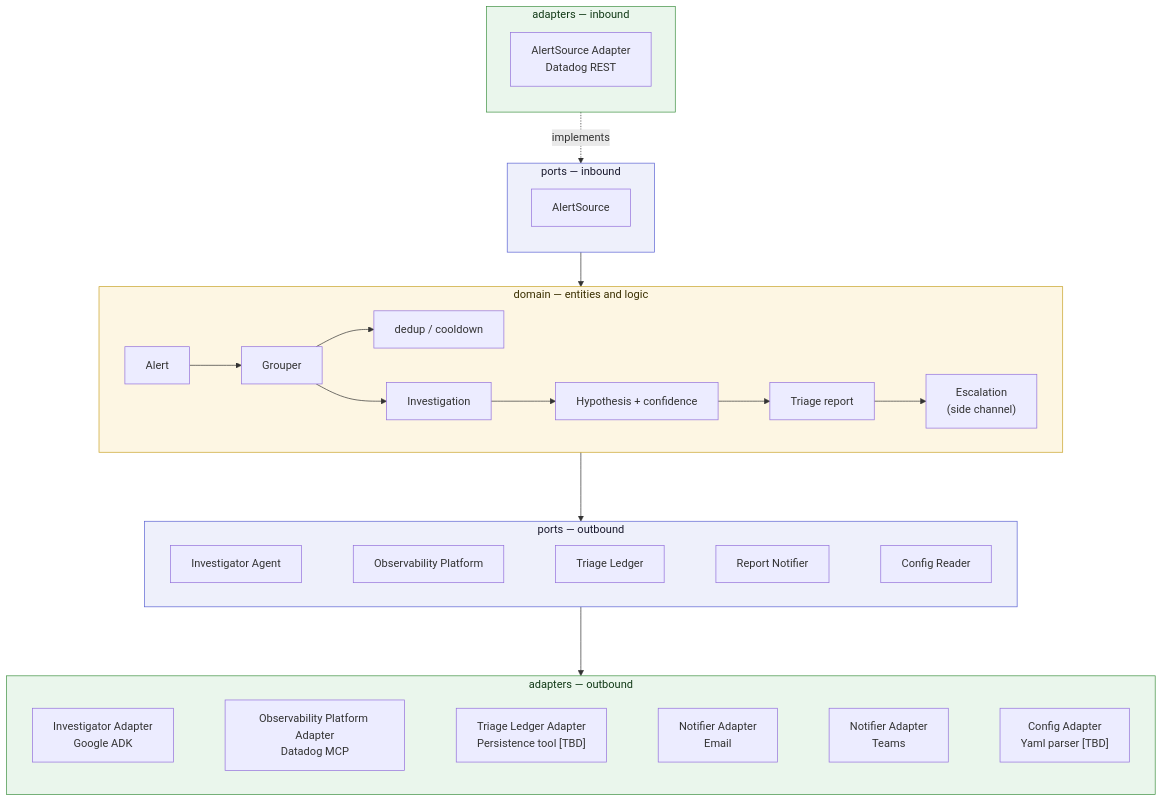
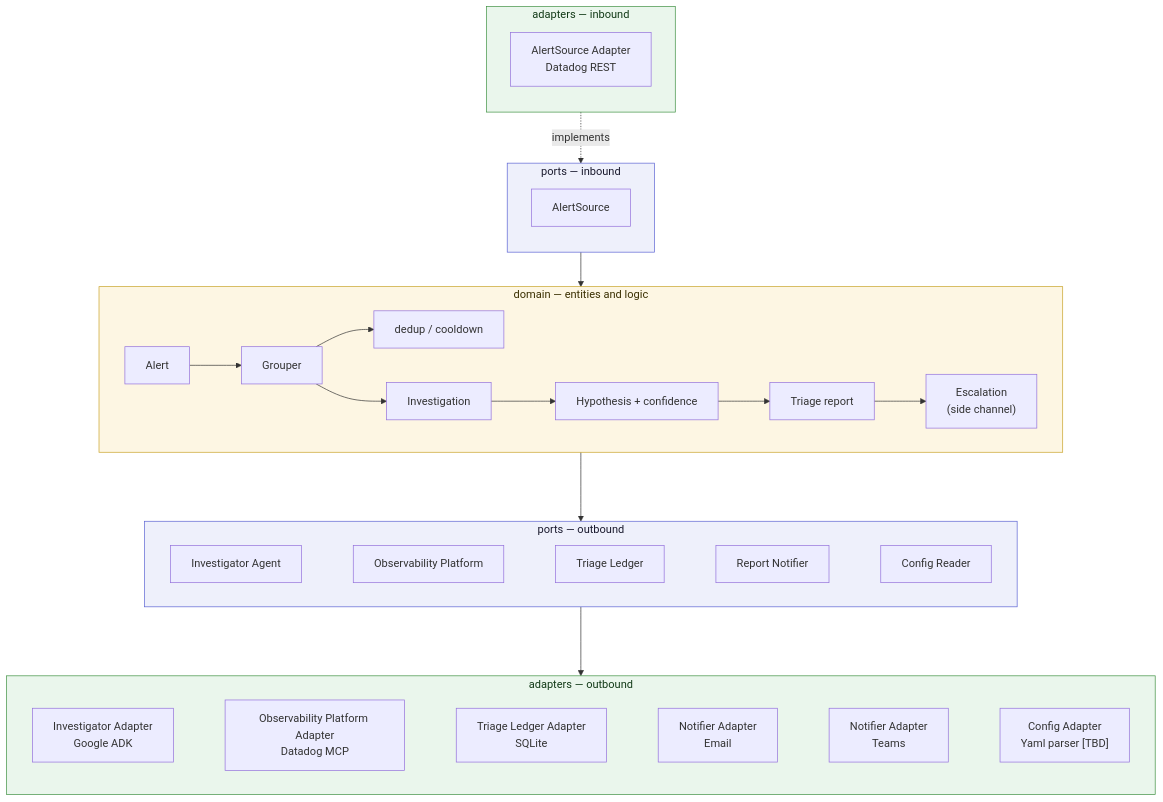
One commit to EduardoFLima/alert-triage changed the diagram in README.md. Above: the diagram before and after it, drawn with Mermaid. The commit also changed other lines of this file and 18 other files, not shown here.

First line of the commit message:
Remember incidents across runs behind a TriageLedger port

````diff
--- a/README.md
+++ b/README.md
@@ -122,43 +160,43 @@
 ```mermaid
 flowchart TB
     subgraph InboundAdapters["adapters — inbound"]
         direction TB
         DatadogREST["AlertSource Adapter<br/>Datadog REST"]
     end
     subgraph InboundPorts["ports — inbound"]
         direction TB
         AlertSource["AlertSource"]
     end
     subgraph Domain["domain — entities and logic"]
         direction LR
         Alert["Alert"] --> Grouper["Grouper"]
         Grouper --> Ledger["dedup / cooldown"]
         Grouper --> Investigation["Investigation"]
         Investigation --> Diagnosis["Hypothesis + confidence"]
         Diagnosis --> Report["Triage report"]
         Report --> Escalation["Escalation<br/>(side channel)"]
     end
 
     subgraph OutboundPorts["ports — outbound"]
         direction LR
         Investigator["Investigator Agent"] ~~~ ObservabilityPlatform["Observability Platform"] ~~~ TriageLedger["Triage Ledger"] ~~~ Notifier["Report Notifier"] ~~~ Config["Config Reader"]
     end
 
     subgraph OutboundAdapters["adapters — outbound"]
         direction LR
-        ADK["Investigator Adapter<br/>Google ADK"] ~~~ ObservabilityPlatformAdapter["Observability Platform Adapter<br/>Datadog MCP"] ~~~ TriageLedgerAdapter["Triage Ledger Adapter<br/>Persistence tool [TBD]"] ~~~ NotifierEmailAdapter["Notifier Adapter<br/>Email"] ~~~ NotifierTeamsAdapter["Notifier Adapter<br/>Teams"] ~~~ ConfigAdapter["Config Adapter<br/>Yaml parser [TBD]"]
+        ADK["Investigator Adapter<br/>Google ADK"] ~~~ ObservabilityPlatformAdapter["Observability Platform Adapter<br/>Datadog MCP"] ~~~ TriageLedgerAdapter["Triage Ledger Adapter<br/>SQLite"] ~~~ NotifierEmailAdapter["Notifier Adapter<br/>Email"] ~~~ NotifierTeamsAdapter["Notifier Adapter<br/>Teams"] ~~~ ConfigAdapter["Config Adapter<br/>Yaml parser [TBD]"]
     end
 
     DatadogREST -. implements .-> AlertSource
     AlertSource --> Domain
     Domain ---> OutboundPorts
     OutboundPorts ---> OutboundAdapters
 
     classDef domainClass fill:#fdf6e3,stroke:#c9a227,color:#3a2f00
     classDef portsClass fill:#eef0fb,stroke:#5b63d3,color:#1a1a2e
     classDef adaptersClass fill:#eaf6ec,stroke:#3f9142,color:#123a17
 
     class Domain domainClass
     class InboundPorts,OutboundPorts portsClass
     class InboundAdapters,OutboundAdapters adaptersClass
 ```
````
